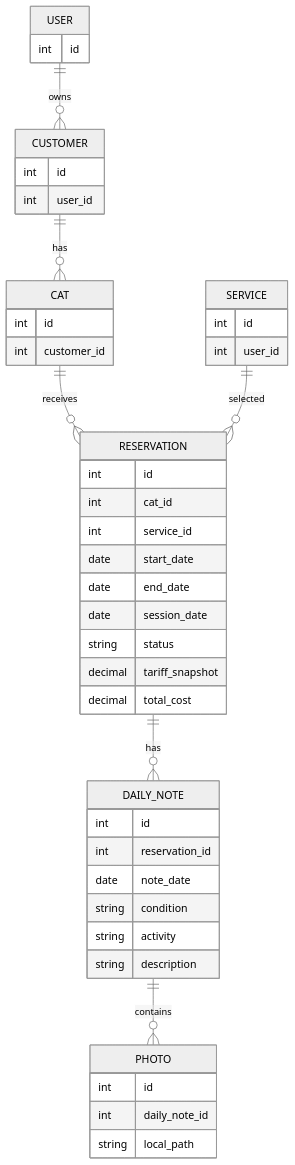
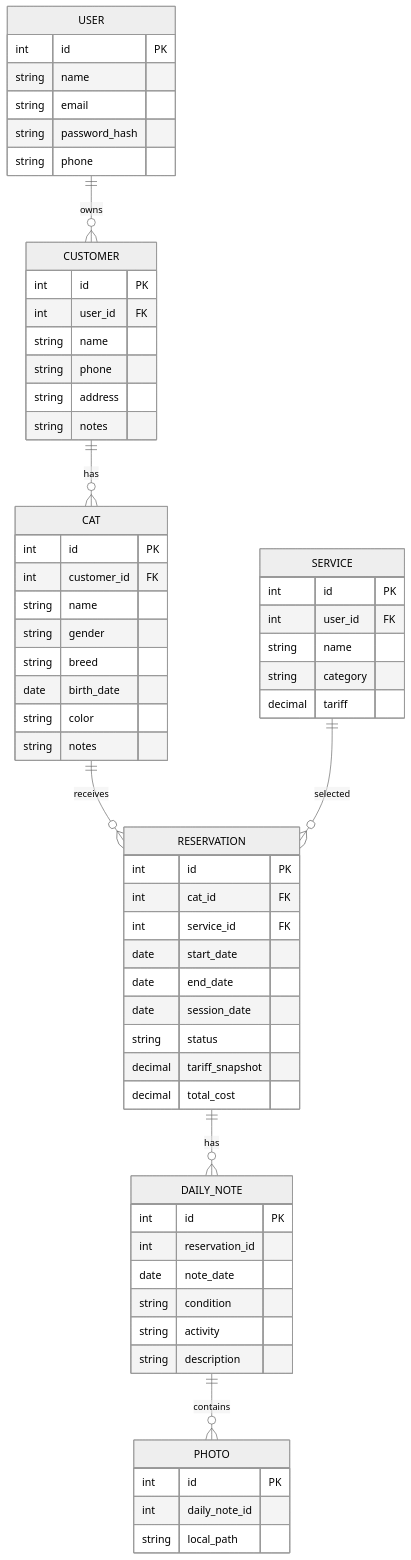
Before and after one commit to aureliacitra/MeowCare_0240: the third of 4 diagrams in docs/SRS.md, drawn with Mermaid (neutral theme). The commit also changed other lines of this file, not shown here.

Commit message:
docs: define baseline data fields and expand ERD

````diff
--- a/docs/SRS.md
+++ b/docs/SRS.md
@@ -559,49 +560,66 @@
 ```mermaid
 erDiagram
     USER ||--o{ CUSTOMER : owns
     CUSTOMER ||--o{ CAT : has
     CAT ||--o{ RESERVATION : receives
     SERVICE ||--o{ RESERVATION : selected
     RESERVATION ||--o{ DAILY_NOTE : has
     DAILY_NOTE ||--o{ PHOTO : contains
 
     USER {
-        int id
+        int id PK
+        string name
+        string email
+        string password_hash
+        string phone
     }
     CUSTOMER {
-        int id
-        int user_id
+        int id PK
+        int user_id FK
+        string name
+        string phone
+        string address
+        string notes
     }
     CAT {
-        int id
-        int customer_id
+        int id PK
+        int customer_id FK
+        string name
+        string gender
+        string breed
+        date birth_date
+        string color
+        string notes
     }
     SERVICE {
-        int id
-        int user_id
+        int id PK
+        int user_id FK
+        string name
+        string category
+        decimal tariff
     }
     RESERVATION {
-        int id
-        int cat_id
-        int service_id
+        int id PK
+        int cat_id FK
+        int service_id FK
         date start_date
         date end_date
         date session_date
         string status
         decimal tariff_snapshot
         decimal total_cost
     }
     DAILY_NOTE {
-        int id
+        int id PK
         int reservation_id
         date note_date
         string condition
         string activity
         string description
     }
     PHOTO {
-        int id
+        int id PK
         int daily_note_id
         string local_path
     }
 ```
````
